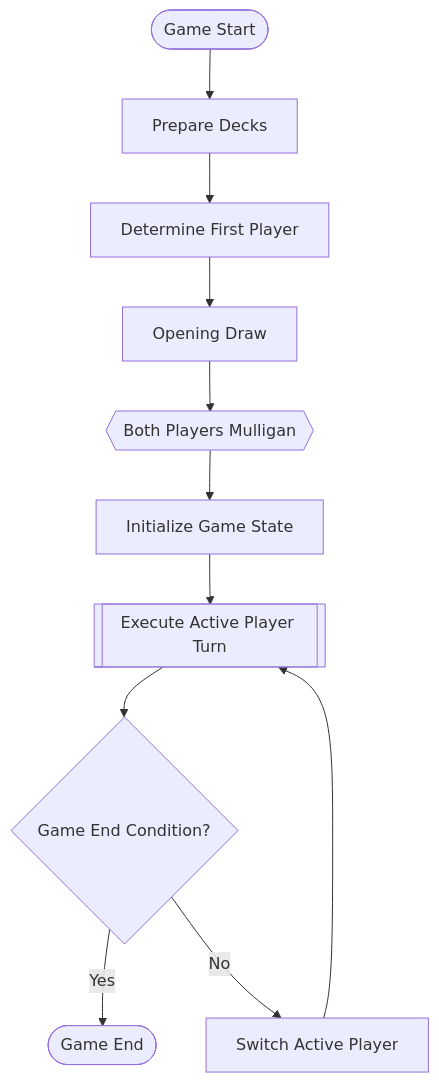
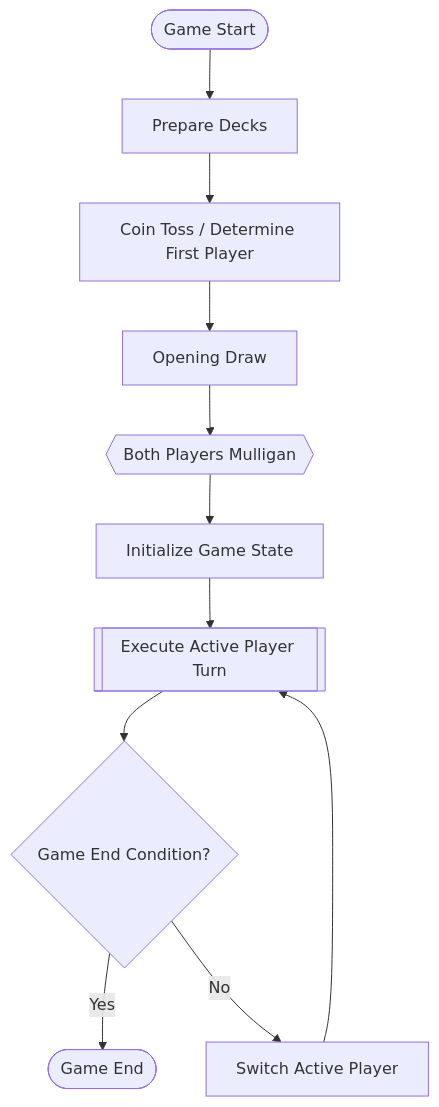
Before and after one commit to kjun1/card-game: the diagram in docs/process/game-flow.md, drawn with Mermaid. The commit also changed other lines of this file and 6 other files, not shown here.

```diff
--- a/docs/process/game-flow.md
+++ b/docs/process/game-flow.md
@@ -30,13 +30,13 @@
 ~~~mermaid
 flowchart TD
     S([Game Start]) --> D[Prepare Decks]
-    D --> F[Determine First Player]
+    D --> F[Coin Toss / Determine First Player]
     F --> O[Opening Draw]
     O --> M{{Both Players Mulligan}}
     M --> I[Initialize Game State]
     I --> T[[Execute Active Player Turn]]
     T --> E{Game End Condition?}
     E -- Yes --> X([Game End])
     E -- No --> W[Switch Active Player]
     W --> T
 ~~~
```
